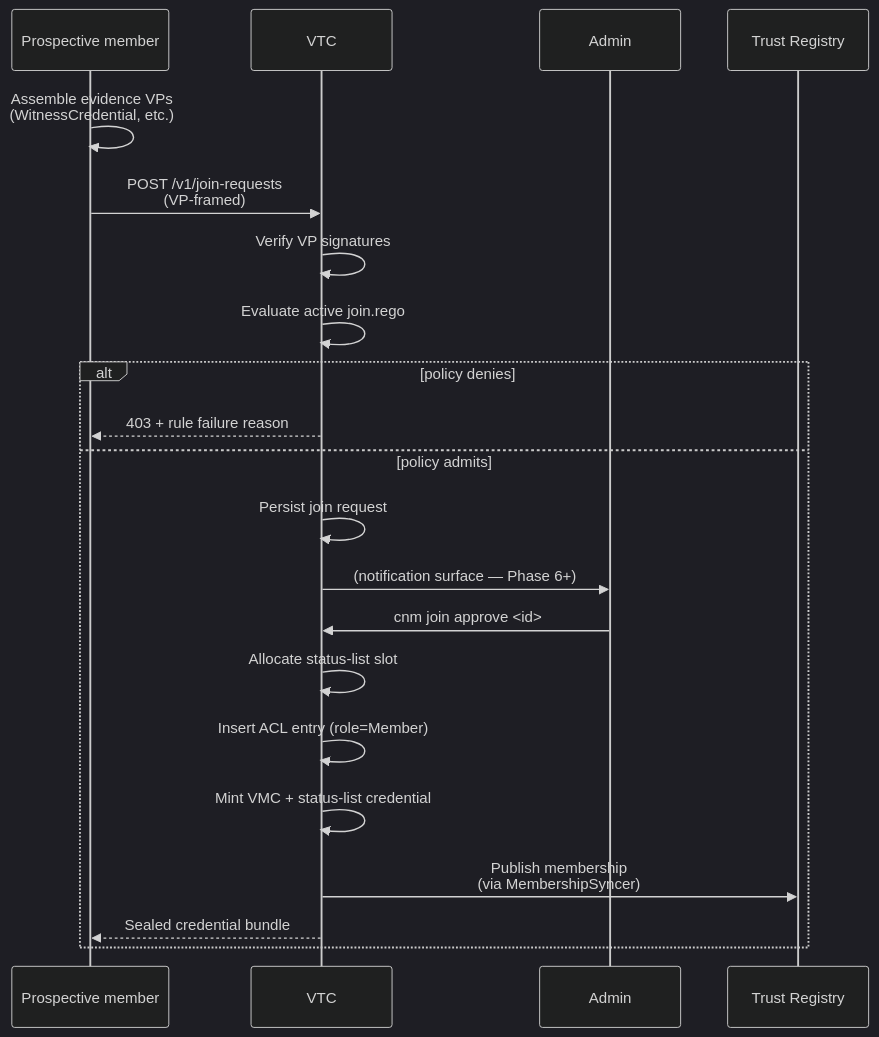
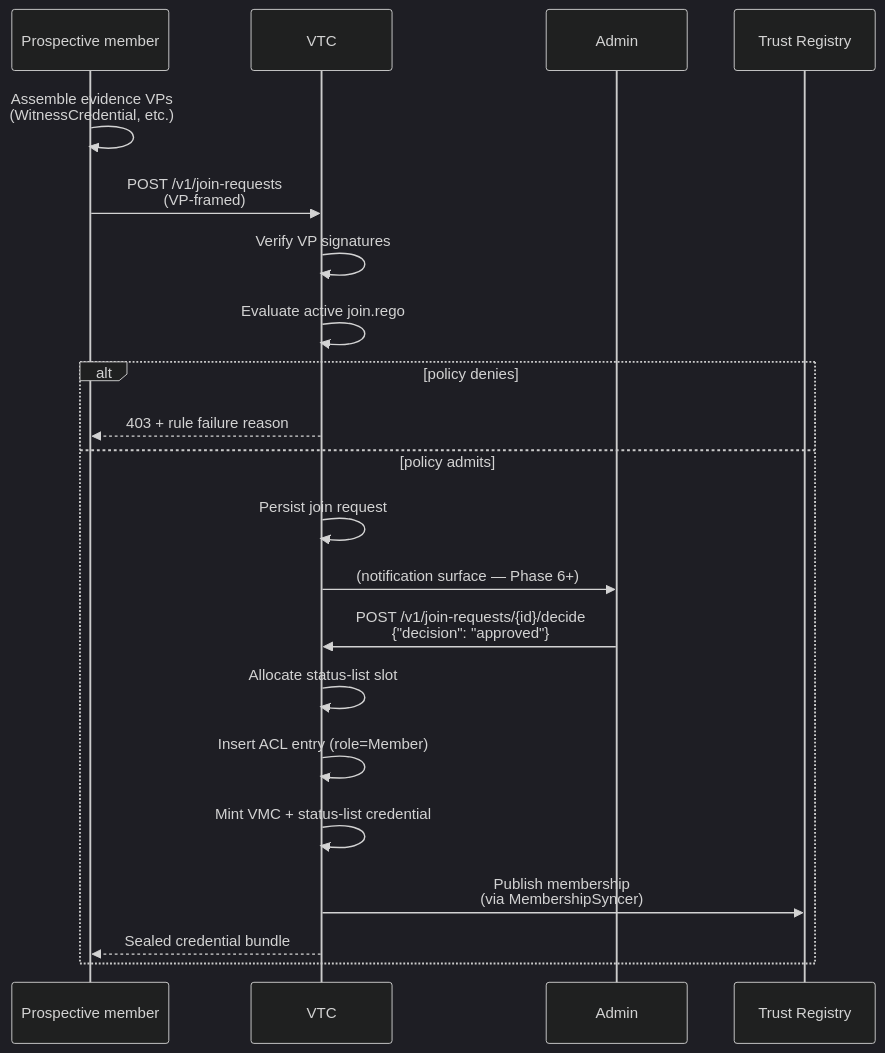
One commit to OpenVTC/verifiable-trust-infrastructure changed the second of 5 diagrams in docs/03-vtc/community-lifecycle.md. Above: the diagram before and after it, drawn with Mermaid (dark theme). The commit also changed other lines of this file and 19 other files, not shown here.

````diff
--- a/docs/03-vtc/community-lifecycle.md
+++ b/docs/03-vtc/community-lifecycle.md
@@ -47,24 +52,24 @@
 ```mermaid
 sequenceDiagram
     participant M as Prospective member
     participant VTC as VTC
     participant Admin as Admin
     participant TR as Trust Registry
 
     M->>M: Assemble evidence VPs<br/>(WitnessCredential, etc.)
     M->>VTC: POST /v1/join-requests<br/>(VP-framed)
     VTC->>VTC: Verify VP signatures
     VTC->>VTC: Evaluate active join.rego
     alt policy denies
         VTC-->>M: 403 + rule failure reason
     else policy admits
         VTC->>VTC: Persist join request
         VTC->>Admin: (notification surface — Phase 6+)
-        Admin->>VTC: cnm join approve <id>
+        Admin->>VTC: POST /v1/join-requests/{id}/decide<br/>{"decision": "approved"}
         VTC->>VTC: Allocate status-list slot
         VTC->>VTC: Insert ACL entry (role=Member)
         VTC->>VTC: Mint VMC + status-list credential
         VTC->>TR: Publish membership<br/>(via MembershipSyncer)
         VTC-->>M: Sealed credential bundle
     end
 ```
````
